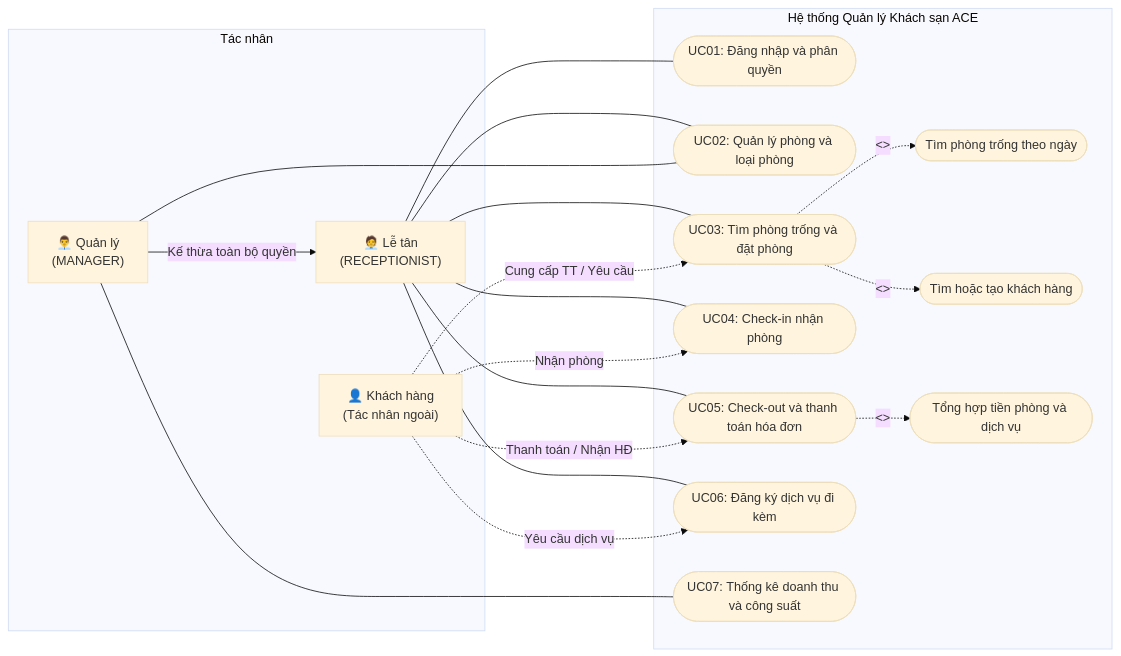
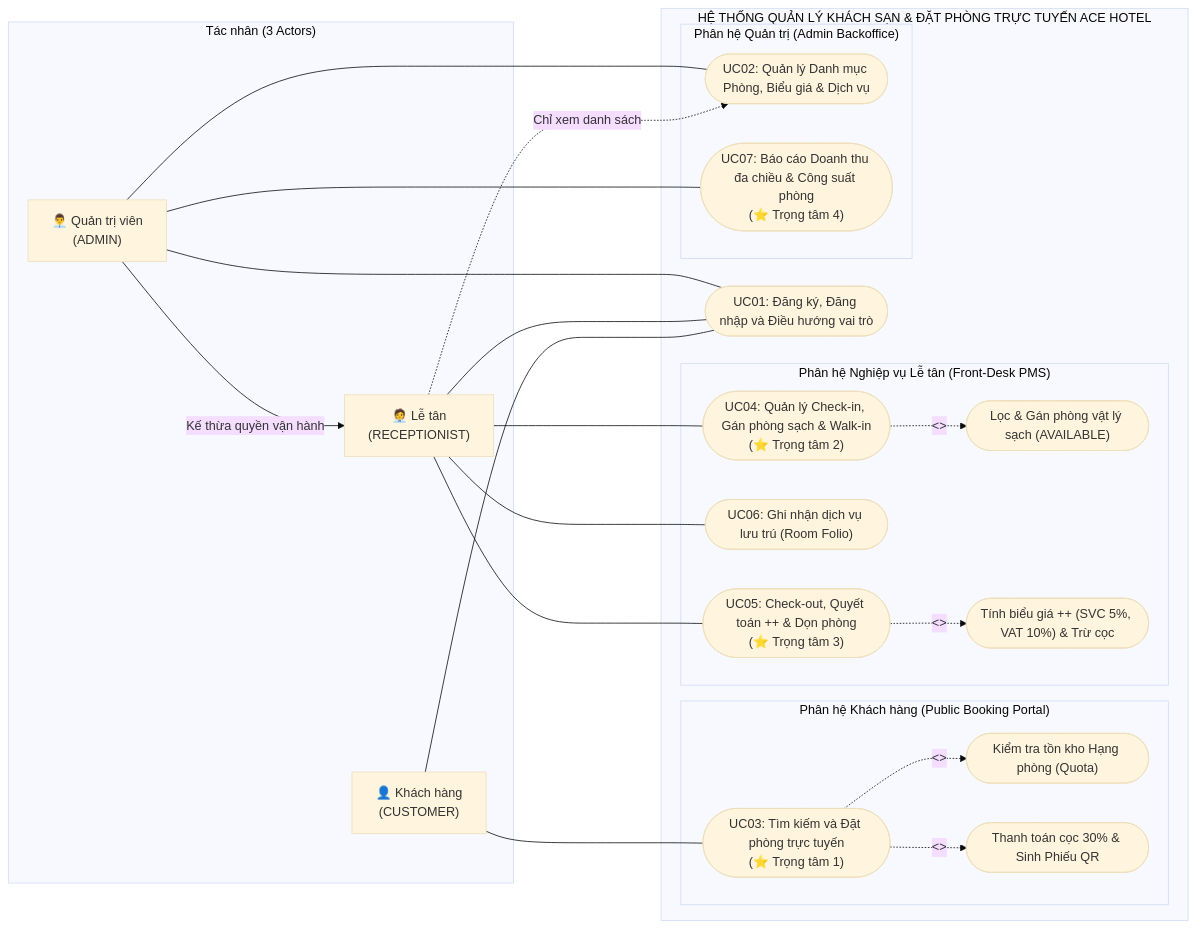
Before and after one commit to dangkhoa040706-design/ACE: the first of 7 diagrams in docs/09-dac-ta-use-case-he-thong-va-phong.md, drawn with Mermaid (base theme). The commit also changed other lines of this file and 193 other files, not shown here.

````diff
--- a/docs/09-dac-ta-use-case-he-thong-va-phong.md
+++ b/docs/09-dac-ta-use-case-he-thong-va-phong.md
@@ -38,43 +45,50 @@
 ```mermaid
 flowchart LR
-    subgraph Actors["Tác nhân"]
-        KH["👤 Khách hàng<br/>(Tác nhân ngoài)"]
-        LT["🧑‍💼 Lễ tân<br/>(RECEPTIONIST)"]
-        QL["👨‍💼 Quản lý<br/>(MANAGER)"]
+    subgraph Actors["Tác nhân (3 Actors)"]
+        KH["👤 Khách hàng\n(CUSTOMER)"]
+        LT["🧑‍💼 Lễ tân\n(RECEPTIONIST)"]
+        AD["👨‍💼 Quản trị viên\n(ADMIN)"]
     end
 
-    subgraph System["Hệ thống Quản lý Khách sạn ACE"]
-        UC01(["UC01: Đăng nhập và phân quyền"])
-        UC02(["UC02: Quản lý phòng và loại phòng"])
-        UC03(["UC03: Tìm phòng trống và đặt phòng"])
-        UC04(["UC04: Check-in nhận phòng"])
-        UC05(["UC05: Check-out và thanh toán hóa đơn"])
-        UC06(["UC06: Đăng ký dịch vụ đi kèm"])
-        UC07(["UC07: Thống kê doanh thu và công suất"])
+    subgraph System["HỆ THỐNG QUẢN LÝ KHÁCH SẠN & ĐẶT PHÒNG TRỰC TUYẾN ACE HOTEL"]
+        UC01(["UC01: Đăng ký, Đăng nhập và Điều hướng vai trò"])
 
-        SUB1(["Tìm phòng trống theo ngày"])
-        SUB2(["Tìm hoặc tạo khách hàng"])
-        SUB3(["Tổng hợp tiền phòng và dịch vụ"])
+        subgraph PublicPortal["Phân hệ Khách hàng (Public Booking Portal)"]
+            UC03(["UC03: Tìm kiếm và Đặt phòng trực tuyến\n(⭐ Trọng tâm 1)"])
+            SUB_QUOTA(["Kiểm tra tồn kho Hạng phòng (Quota)"])
+            SUB_DEP(["Thanh toán cọc 30% & Sinh Phiếu QR"])
+        end
+
+        subgraph StaffPMS["Phân hệ Nghiệp vụ Lễ tân (Front-Desk PMS)"]
+            UC04(["UC04: Quản lý Check-in, Gán phòng sạch & Walk-in\n(⭐ Trọng tâm 2)"])
+            UC06(["UC06: Ghi nhận dịch vụ lưu trú (Room Folio)"])
+            UC05(["UC05: Check-out, Quyết toán ++ & Dọn phòng\n(⭐ Trọng tâm 3)"])
+            SUB_CLEAN(["Lọc & Gán phòng vật lý sạch (AVAILABLE)"])
+            SUB_CALC(["Tính biểu giá ++ (SVC 5%, VAT 10%) & Trừ cọc"])
+        end
+
+        subgraph AdminBackoffice["Phân hệ Quản trị (Admin Backoffice)"]
+            UC02(["UC02: Quản lý Danh mục Phòng, Biểu giá & Dịch vụ"])
+            UC07(["UC07: Báo cáo Doanh thu đa chiều & Công suất phòng\n(⭐ Trọng tâm 4)"])
+        end
     end
 
-    QL -->|Kế thừa toàn bộ quyền| LT
+    KH --- UC01
+    KH --- UC03
 
     LT --- UC01
-    LT --- UC02
-    LT --- UC03
     LT --- UC04
+    LT --- UC06
     LT --- UC05
-    LT --- UC06
+    LT -.->|"Chỉ xem danh sách"| UC02
 
-    QL --- UC02
-    QL --- UC07
+    AD -->|Kế thừa quyền vận hành| LT
+    AD --- UC01
+    AD --- UC02
+    AD --- UC07
 
-    KH -.->|Cung cấp TT / Yêu cầu| UC03
-    KH -.->|Nhận phòng| UC04
-    KH -.->|Yêu cầu dịch vụ| UC06
-    KH -.->|Thanh toán / Nhận HĐ| UC05
-
-    UC03 -.->|"<<include>>"| SUB1
-    UC03 -.->|"<<include>>"| SUB2
-    UC05 -.->|"<<include>>"| SUB3
+    UC03 -.->|"<<include>>"| SUB_QUOTA
+    UC03 -.->|"<<include>>"| SUB_DEP
+    UC04 -.->|"<<include>>"| SUB_CLEAN
+    UC05 -.->|"<<include>>"| SUB_CALC
 ```
````
